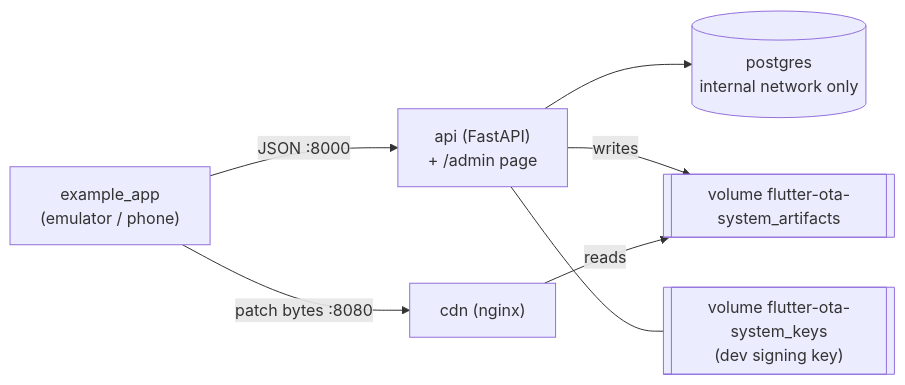
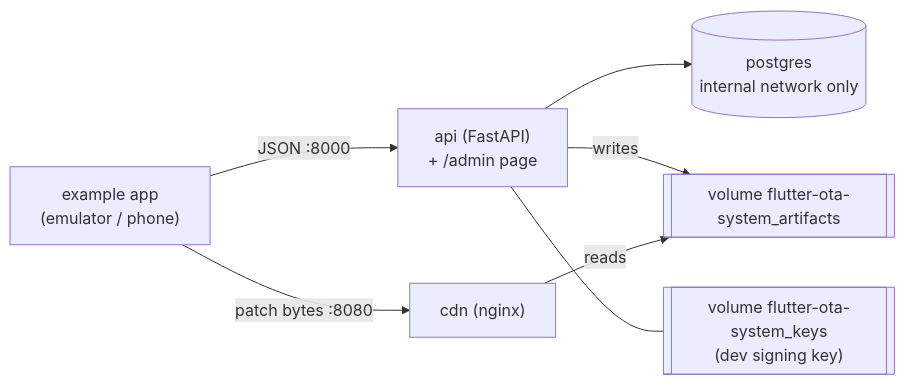
Before and after one commit to punitsoni22/flutter_ota_system: the diagram in docs/installation.md, drawn with Mermaid. The commit also changed other lines of this file and 82 other files, not shown here.

````diff
--- a/docs/installation.md
+++ b/docs/installation.md
@@ -26,9 +26,9 @@
 ```mermaid
 flowchart LR
-  app["example_app<br/>(emulator / phone)"] -- "JSON :8000" --> api["api (FastAPI)<br/>+ /admin page"]
+  app["example app<br/>(emulator / phone)"] -- "JSON :8000" --> api["api (FastAPI)<br/>+ /admin page"]
   api --> pg[("postgres<br/>internal network only")]
   api -- writes --> vol[["volume flutter-ota-system_artifacts"]]
   api --- keys[["volume flutter-ota-system_keys<br/>(dev signing key)"]]
   app -- "patch bytes :8080" --> cdn["cdn (nginx)"]
   cdn -- reads --> vol
 ```
````
